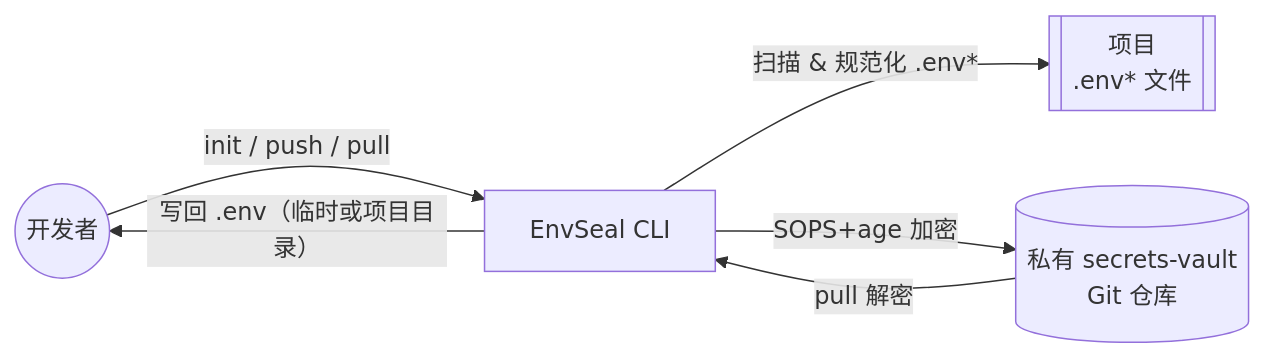
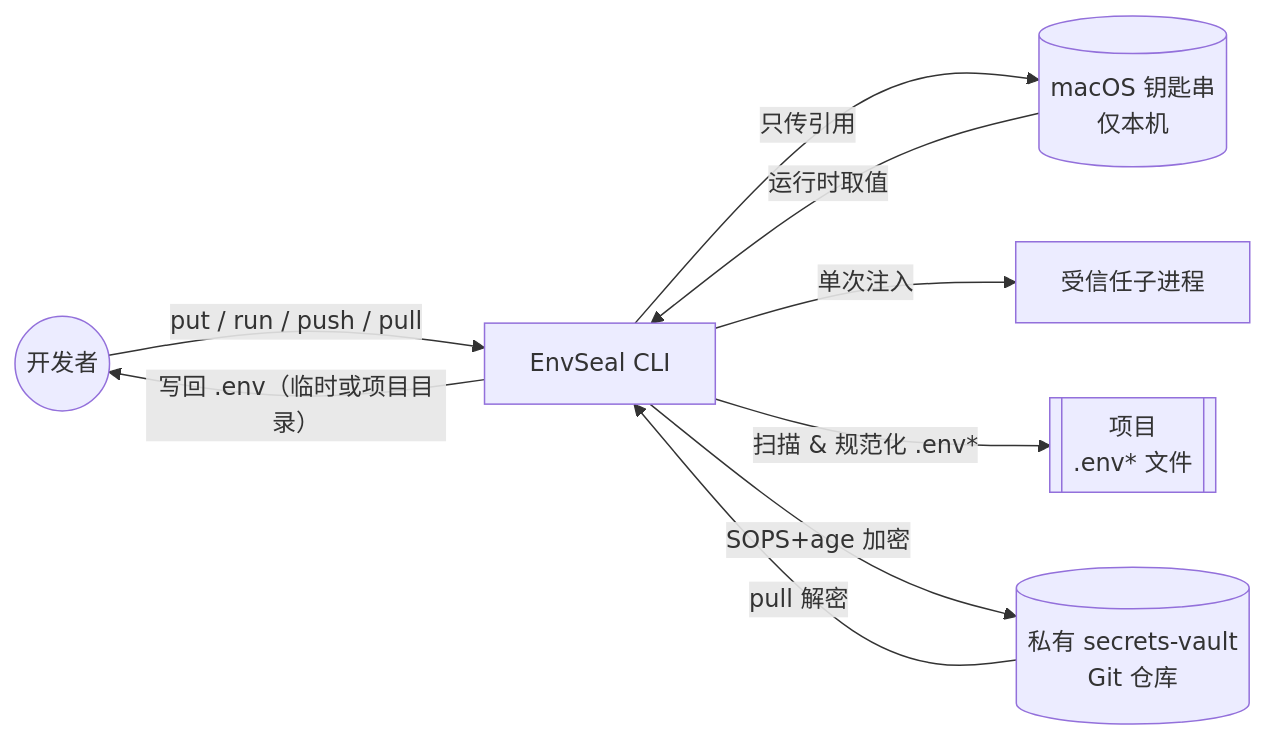
The first of 2 diagrams in README.zh-CN.md (chicogong/envseal), drawn with Mermaid before and after one commit. The commit also changed other lines of this file and 16 other files, not shown here.

````diff
--- a/README.zh-CN.md
+++ b/README.zh-CN.md
@@ -57,12 +58,17 @@
 ```mermaid
 graph LR
   Dev((开发者))
   CLI[EnvSeal CLI]
   Repos[[项目<br/>.env* 文件]]
+  Keychain[(macOS 钥匙串<br/>仅本机)]
   Vault[(私有 secrets-vault<br/>Git 仓库)]
-  Dev -->|init / push / pull| CLI
+  Process[受信任子进程]
+  Dev -->|put / run / push / pull| CLI
+  CLI -->|只传引用| Keychain
+  Keychain -->|运行时取值| CLI
+  CLI -->|单次注入| Process
   CLI -->|扫描 & 规范化 .env*| Repos
   CLI -->|SOPS+age 加密| Vault
   Vault -->|pull 解密| CLI
   CLI -->|写回 .env（临时或项目目录）| Dev
 ```
````
